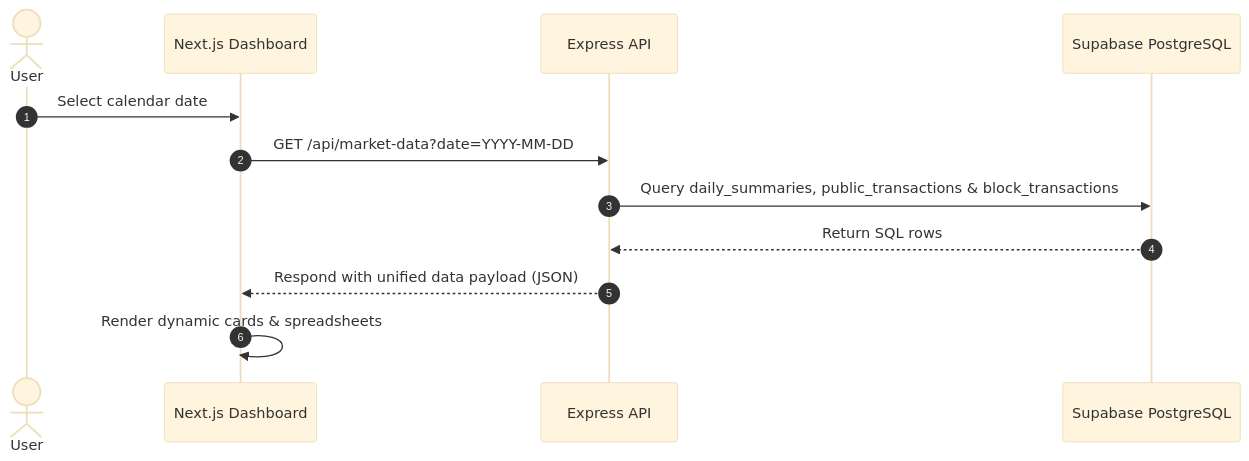
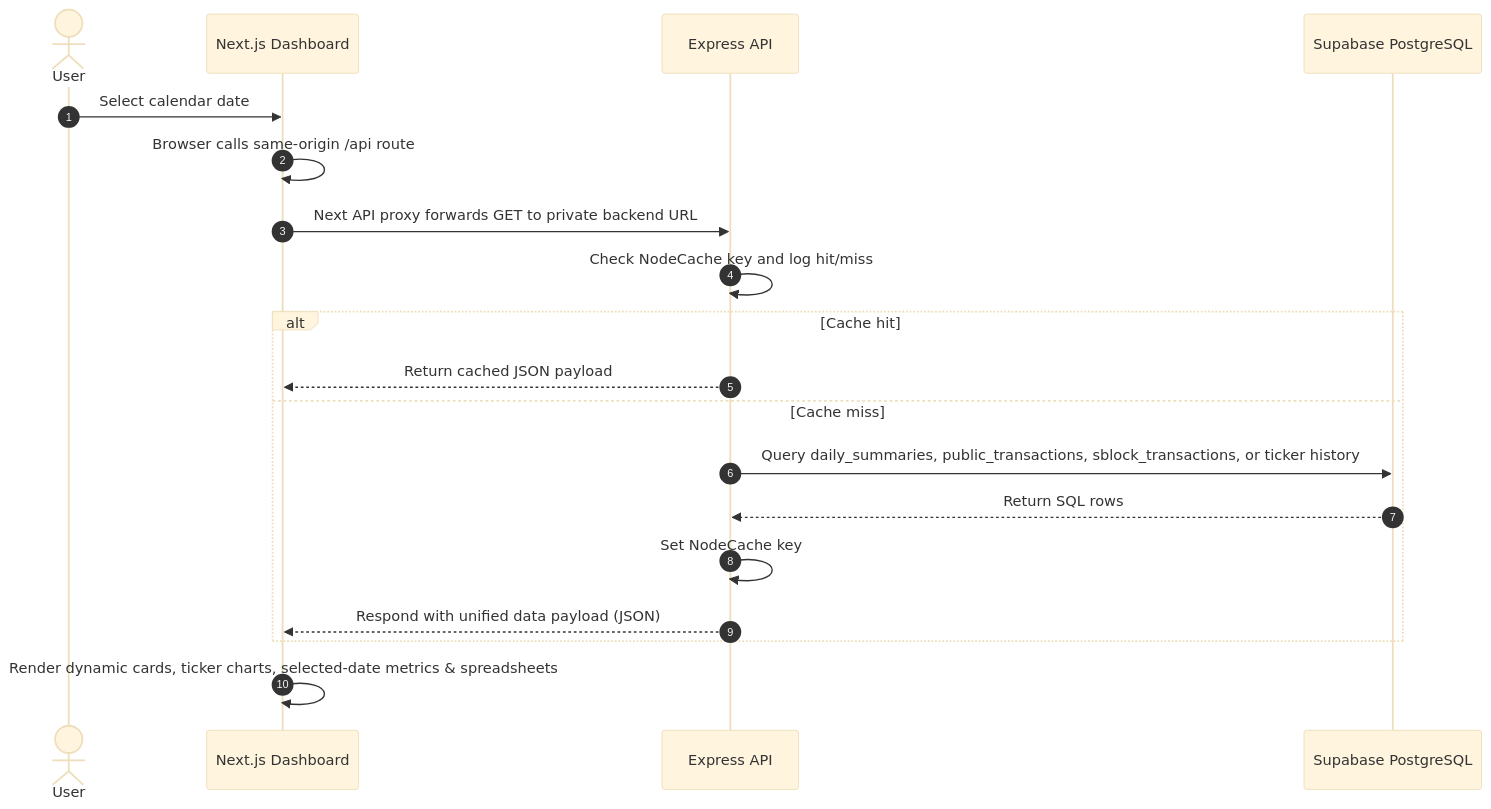
The fourth of 5 diagrams in docs/overviews/projects/dseops.md (MrMandalNSU/sudipta.me), drawn with Mermaid (base theme) before and after one commit. The commit also changed other lines of this file and 11 other files, not shown here.

````diff
--- a/docs/overviews/projects/dseops.md
+++ b/docs/overviews/projects/dseops.md
@@ -123,15 +139,22 @@
 ```mermaid
 sequenceDiagram
     autonumber
     actor User
     participant Client as Next.js Dashboard
     participant Server as Express API
     participant DB as Supabase PostgreSQL
     
     User->>Client: Select calendar date
-    Client->>Server: GET /api/market-data?date=YYYY-MM-DD
-    Server->>DB: Query daily_summaries, public_transactions & block_transactions
-    DB-->>Server: Return SQL rows
-    Server-->>Client: Respond with unified data payload (JSON)
-    Client->>Client: Render dynamic cards & spreadsheets
+    Client->>Client: Browser calls same-origin /api route
+    Client->>Server: Next API proxy forwards GET to private backend URL
+    Server->>Server: Check NodeCache key and log hit/miss
+    alt Cache hit
+        Server-->>Client: Return cached JSON payload
+    else Cache miss
+        Server->>DB: Query daily_summaries, public_transactions, sblock_transactions, or ticker history
+        DB-->>Server: Return SQL rows
+        Server->>Server: Set NodeCache key
+        Server-->>Client: Respond with unified data payload (JSON)
+    end
+    Client->>Client: Render dynamic cards, ticker charts, selected-date metrics & spreadsheets
 ```
````
